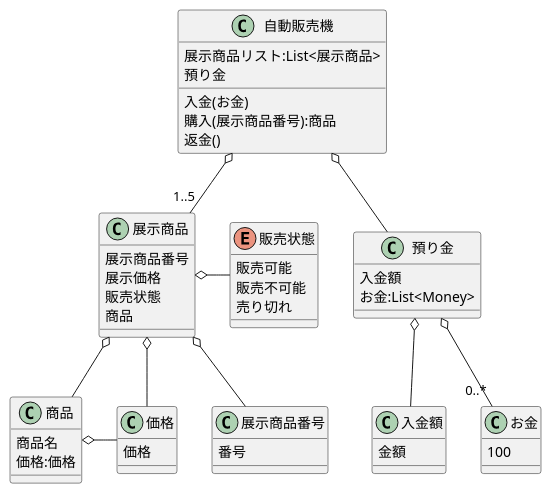
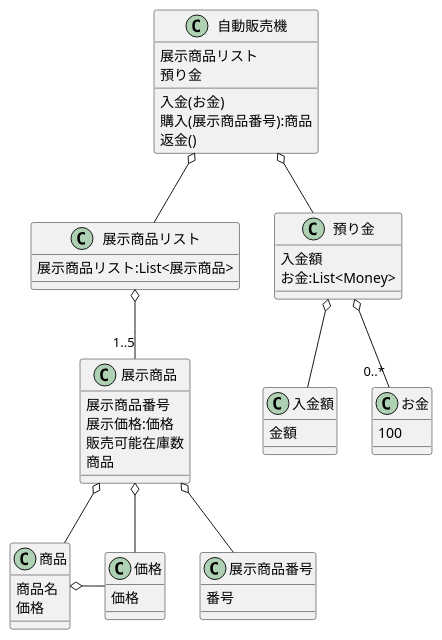
The diagram in modeling/DomainModel.md (TakashiOnawa/ModelingPractice-VendingMachine), drawn with PlantUML before and after one commit. The commit also changed 6 other files, not shown here.

````diff
--- a/modeling/DomainModel.md
+++ b/modeling/DomainModel.md
@@ -1,69 +1,67 @@
 ```puml
 @startuml
 class 自動販売機
 {
-    展示商品リスト:List<展示商品>
+    展示商品リスト
     預り金
     入金(お金)
     購入(展示商品番号):商品
     返金()
 }
 
+class 展示商品リスト
+{
+    展示商品リスト:List<展示商品>
+}
+
 class 展示商品
 {
     展示商品番号
-    展示価格
-    販売状態
+    展示価格:価格
+    販売可能在庫数
     商品
 }
 
 class 展示商品番号
 {
     番号
 }
 
-enum 販売状態
-{
-    販売可能
-    販売不可能
-    売り切れ
-}
-
 class 商品
 {
     商品名
-    価格:価格
+    価格
 }
 
 class 預り金
 {
     入金額
     お金:List<Money>
 }
 
 class 入金額
 {
     金額
 }
 
 class お金
 {
     100
 }
 
 class 価格
 {
     価格
 }
 
-自動販売機 o-- "1..5" 展示商品
+自動販売機 o-- 展示商品リスト
 自動販売機 o-- 預り金
+展示商品リスト o-- "1..5" 展示商品
 展示商品 o-- 展示商品番号
-展示商品 o- 販売状態
 展示商品 o-- 価格
 展示商品 o-- 商品
 預り金 o-- "0..*" お金
 預り金 o-- 入金額
 商品 o- 価格
 @enduml
 ```
````
